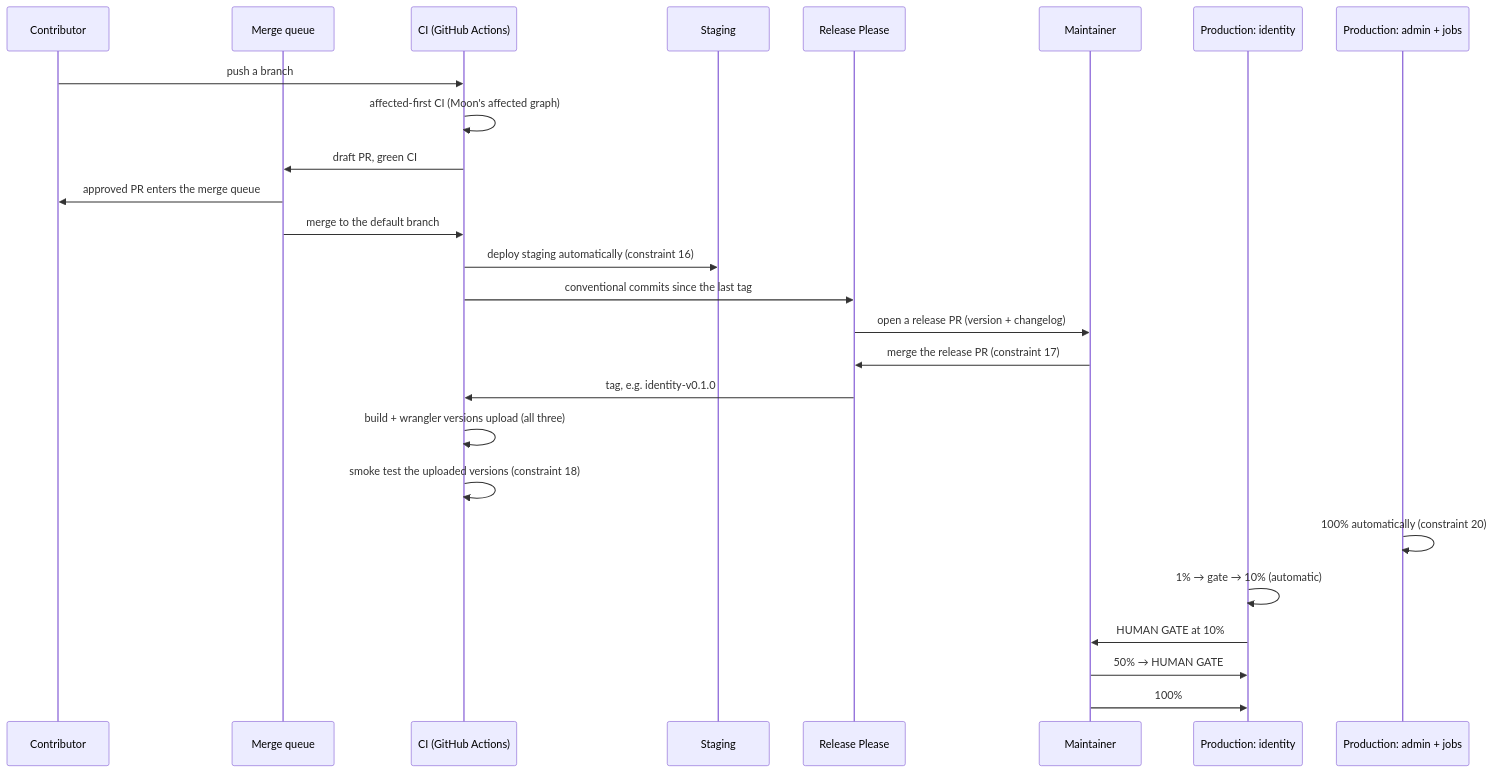
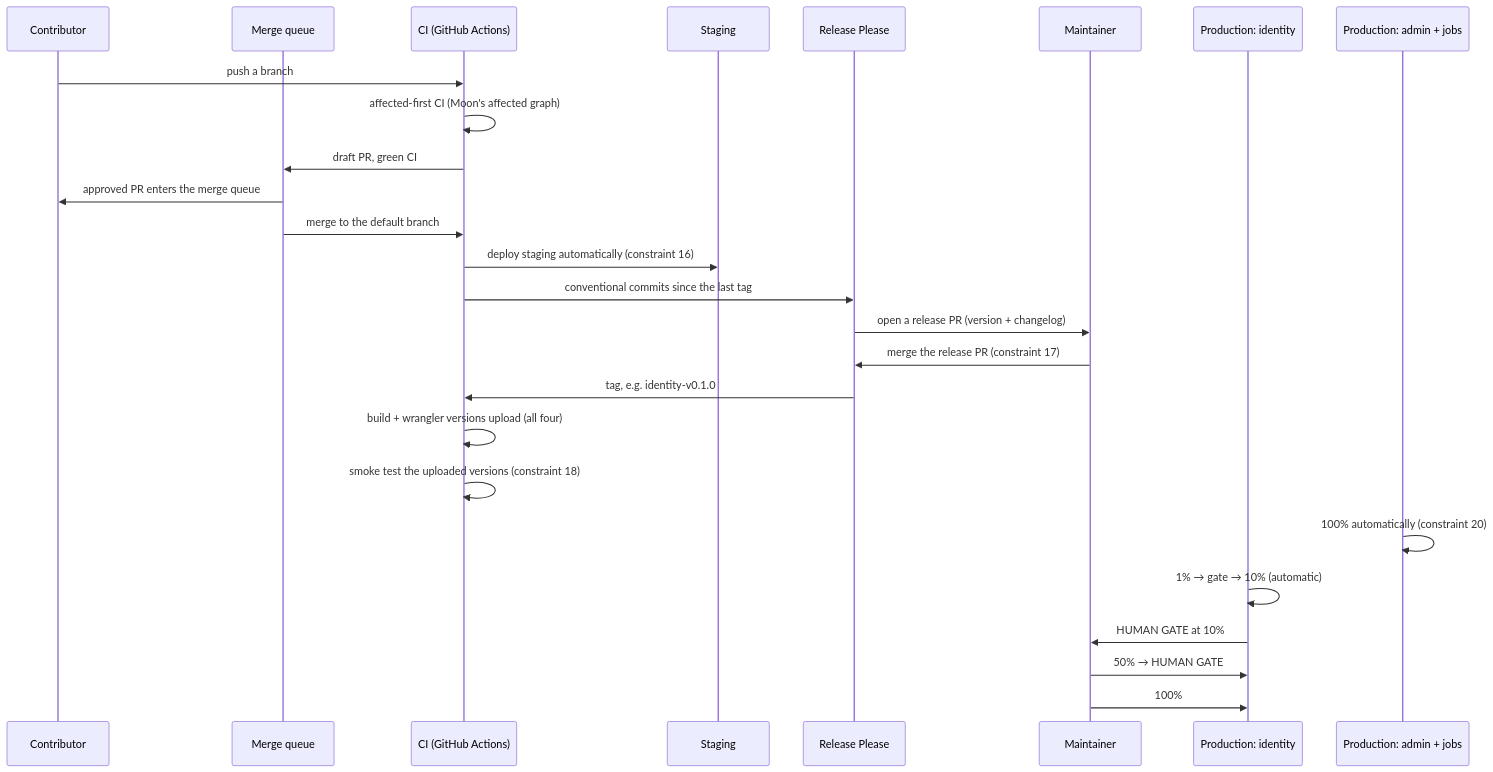
Before and after one commit to ecoma-io/ecoma-identity: the diagram in docs/operations/release-process.md, drawn with Mermaid. The commit also changed other lines of this file and 50 other files, not shown here.

````diff
--- a/docs/operations/release-process.md
+++ b/docs/operations/release-process.md
@@ -67,31 +67,31 @@
 ```mermaid
 sequenceDiagram
   participant Dev as Contributor
   participant MQ as Merge queue
   participant CD as CI (GitHub Actions)
   participant Stg as Staging
   participant RP as Release Please
   participant Human as Maintainer
   participant Id as Production: identity
   participant Aa as Production: admin + jobs
 
   Dev->>CD: push a branch
   CD->>CD: affected-first CI (Moon's affected graph)
   CD->>MQ: draft PR, green CI
   MQ->>Dev: approved PR enters the merge queue
   MQ->>CD: merge to the default branch
   CD->>Stg: deploy staging automatically (constraint 16)
 
   CD->>RP: conventional commits since the last tag
   RP->>Human: open a release PR (version + changelog)
   Human->>RP: merge the release PR  (constraint 17)
   RP->>CD: tag, e.g. identity-v0.1.0
 
-  CD->>CD: build + wrangler versions upload (all three)
+  CD->>CD: build + wrangler versions upload (all four)
   CD->>CD: smoke test the uploaded versions (constraint 18)
   Aa->>Aa: 100% automatically (constraint 20)
   Id->>Id: 1% → gate → 10%  (automatic)
   Id->>Human: HUMAN GATE at 10%
   Human->>Id: 50% → HUMAN GATE
   Human->>Id: 100%
 ```
````
